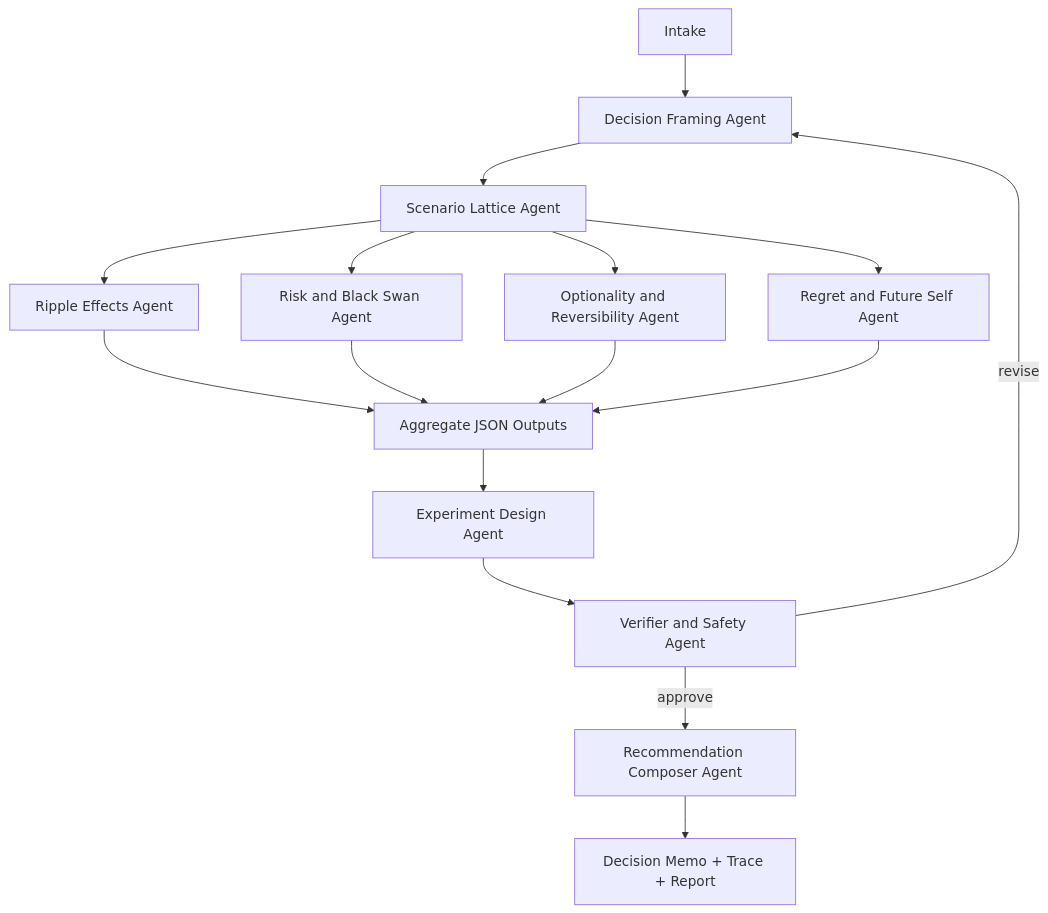
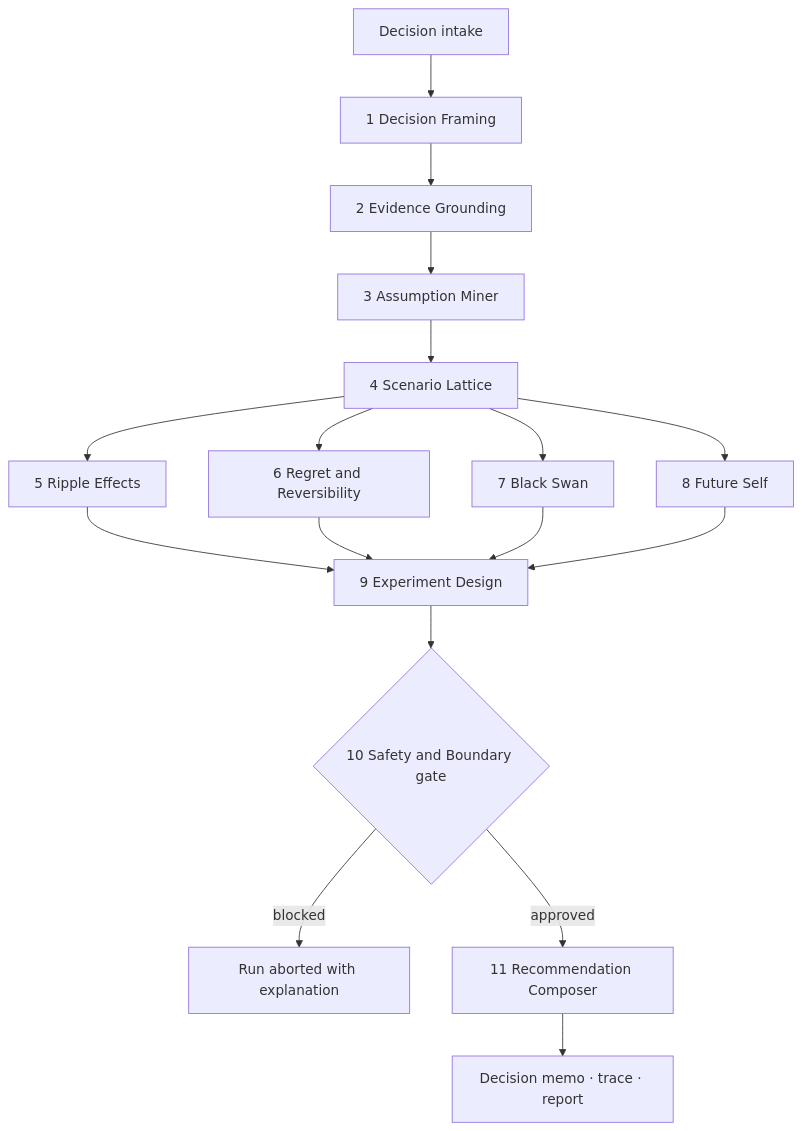
Before and after one commit to mehulnikumbh19/hxrizxn-ai: the second of 2 diagrams in README.md, drawn with Mermaid. The commit also changed other lines of this file, not shown here.

Commit message:
Rewrite README: interactive simulation intro, 11-agent war room, architecture diagrams, rubric alignment

````diff
--- a/README.md
+++ b/README.md
@@ -66,18 +187,19 @@
 ```mermaid
 flowchart TD
-  intake[Intake] --> framing[Decision Framing Agent]
-  framing --> scenario[Scenario Lattice Agent]
-  scenario --> ripple[Ripple Effects Agent]
-  scenario --> risk[Risk and Black Swan Agent]
-  scenario --> optionality[Optionality and Reversibility Agent]
-  scenario --> regret[Regret and Future Self Agent]
-  ripple --> aggregate[Aggregate JSON Outputs]
-  risk --> aggregate
-  optionality --> aggregate
-  regret --> aggregate
-  aggregate --> experiment[Experiment Design Agent]
-  experiment --> verifier[Verifier and Safety Agent]
-  verifier -->|revise| framing
-  verifier -->|approve| composer[Recommendation Composer Agent]
-  composer --> memo[Decision Memo + Trace + Report]
+  intake[Decision intake] --> f[1 Decision Framing]
+  f --> g[2 Evidence Grounding]
+  g --> am[3 Assumption Miner]
+  am --> sl[4 Scenario Lattice]
+  sl --> r[5 Ripple Effects]
+  sl --> rr["6 Regret and Reversibility"]
+  sl --> bs[7 Black Swan]
+  sl --> fs[8 Future Self]
+  r --> ex[9 Experiment Design]
+  rr --> ex
+  bs --> ex
+  fs --> ex
+  ex --> safe{"10 Safety and Boundary gate"}
+  safe -->|blocked| stop[Run aborted with explanation]
+  safe -->|approved| comp[11 Recommendation Composer]
+  comp --> memo[Decision memo · trace · report]
 ```
````
